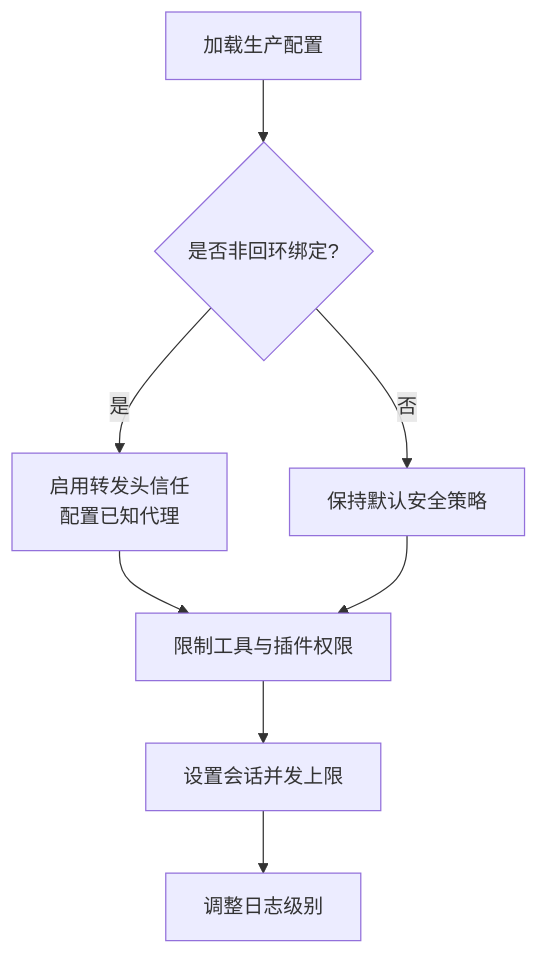
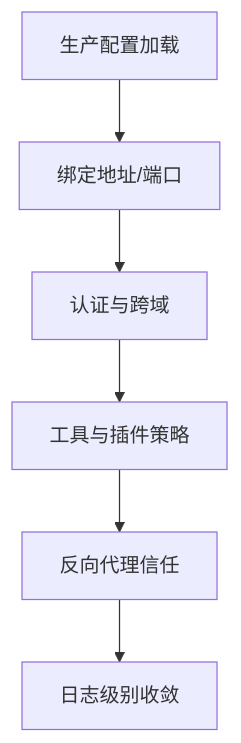
Before and after one commit to wayyet/kingcrab: the fourth of 5 diagrams in .qoder/repowiki/zh/content/部署指南/部署指南.md, drawn with Mermaid. The commit also changed other lines of this file and 173 other files, not shown here.

````diff
--- a/.qoder/repowiki/zh/content/部署指南/部署指南.md
+++ b/.qoder/repowiki/zh/content/部署指南/部署指南.md
@@ -175,10 +193,8 @@
 ```mermaid
 flowchart TD
-A["加载生产配置"] --> B{"是否非回环绑定?"}
-B --> |是| C["启用转发头信任<br/>配置已知代理"]
-B --> |否| D["保持默认安全策略"]
-C --> E["限制工具与插件权限"]
-D --> E
-E --> F["设置会话并发上限"]
-F --> G["调整日志级别"]
+A["生产配置加载"] --> B["绑定地址/端口"]
+B --> C["认证与跨域"]
+C --> D["工具与插件策略"]
+D --> E["反向代理信任"]
+E --> F["日志级别收敛"]
 ```
````
